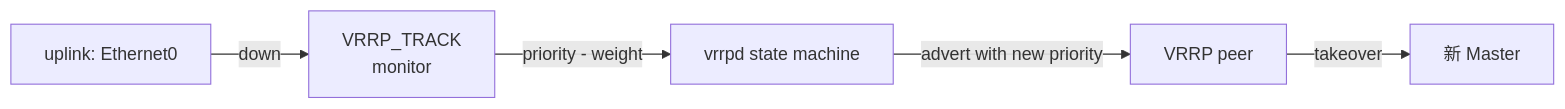
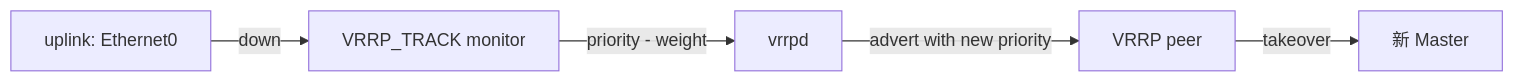
One commit to aoki-taquan/sonic-unofficial-docs changed the second of 2 diagrams in docs/routing/virtual-router-redundancy-protocol-adaptation-hld.md. Above: the diagram before and after it, drawn with Mermaid. The commit also changed other lines of this file and 5 other files, not shown here.

````diff
--- a/docs/routing/virtual-router-redundancy-protocol-adaptation-hld.md
+++ b/docs/routing/virtual-router-redundancy-protocol-adaptation-hld.md
@@ -93,7 +87,7 @@
 ```mermaid
 flowchart LR
-  UPL[uplink: Ethernet0] -- down --> TRK[VRRP_TRACK<br/>monitor]
-  TRK -->|priority - weight| VRRP[vrrpd state machine]
+  UPL[uplink: Ethernet0] -- down --> TRK[VRRP_TRACK monitor]
+  TRK -->|priority - weight| VRRP[vrrpd]
   VRRP -->|advert with new priority| PEER[VRRP peer]
   PEER -->|takeover| MASTER[新 Master]
 ```
````
